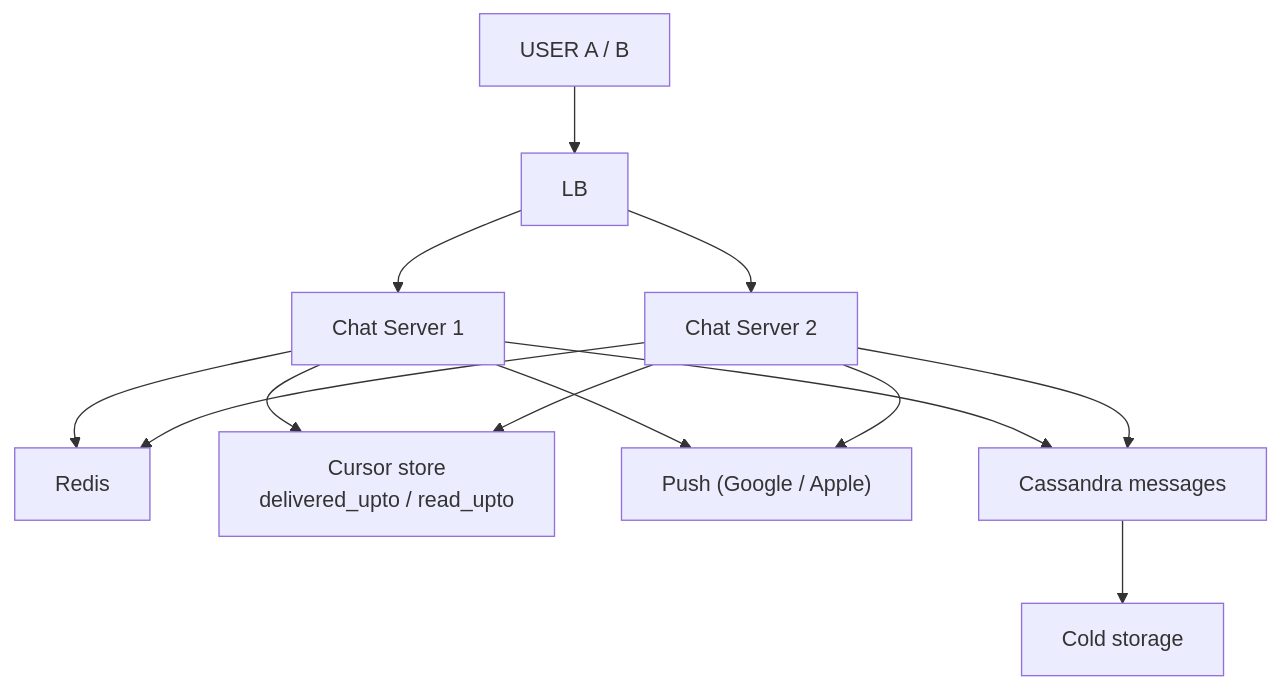
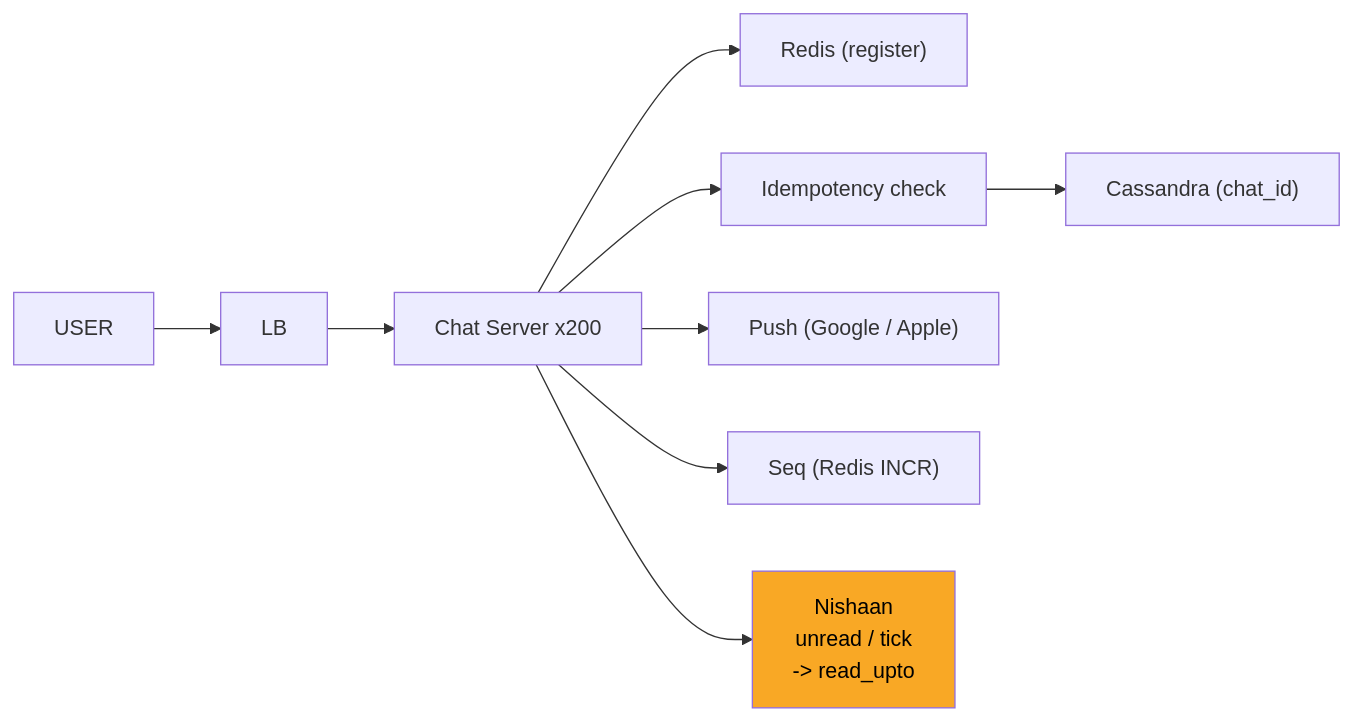
The ninth of 12 diagrams in 04_HLD/SYSTEM_DESIGNS/14_chat_messaging/14_chat_messaging.md (ArpanMaheshwari144/Prep), drawn with Mermaid before and after one commit. The commit also changed other lines of this file, not shown here.

Commit message:
chat: one-day story, short cards, follow-ups with rules, highlighted diagrams

````diff
--- a/04_HLD/SYSTEM_DESIGNS/14_chat_messaging/14_chat_messaging.md
+++ b/04_HLD/SYSTEM_DESIGNS/14_chat_messaging/14_chat_messaging.md
@@ -407,24 +372,21 @@
 ```mermaid
-flowchart TD
-    n_USER_A_B["USER A / B"]
+flowchart LR
+    n_U["USER"]
     n_LB["LB"]
-    n_Chat_Server_x_200_1["Chat Server 1"]
-    n_Chat_Server_x_200_2["Chat Server 2"]
-    n_Redis["Redis"]
-    n_Cursor_store["Cursor store<br/>delivered_upto / read_upto"]
-    n_Push_Google_Apple["Push (Google / Apple)"]
-    n_Cassandra_messages["Cassandra messages"]
-    n_Cold_storage["Cold storage"]
-    n_USER_A_B --> n_LB
-    n_LB --> n_Chat_Server_x_200_1
-    n_LB --> n_Chat_Server_x_200_2
-    n_Chat_Server_x_200_1 --> n_Redis
-    n_Chat_Server_x_200_2 --> n_Redis
-    n_Chat_Server_x_200_1 --> n_Cassandra_messages
-    n_Chat_Server_x_200_2 --> n_Cassandra_messages
-    n_Chat_Server_x_200_1 --> n_Cursor_store
-    n_Chat_Server_x_200_2 --> n_Cursor_store
-    n_Chat_Server_x_200_1 --> n_Push_Google_Apple
-    n_Chat_Server_x_200_2 --> n_Push_Google_Apple
-    n_Cassandra_messages --> n_Cold_storage
+    n_CS["Chat Server x200"]
+    n_R["Redis (register)"]
+    n_I["Idempotency check"]
+    n_CA["Cassandra (chat_id)"]
+    n_P["Push (Google / Apple)"]
+    n_SQ["Seq (Redis INCR)"]
+    n_NS["Nishaan<br/>unread / tick<br/>-> read_upto"]
+    n_U --> n_LB
+    n_LB --> n_CS
+    n_CS --> n_R
+    n_CS --> n_I
+    n_I --> n_CA
+    n_CS --> n_P
+    n_CS --> n_SQ
+    n_CS --> n_NS
+    style n_NS fill:#f9a825,color:#000
 ```
````
